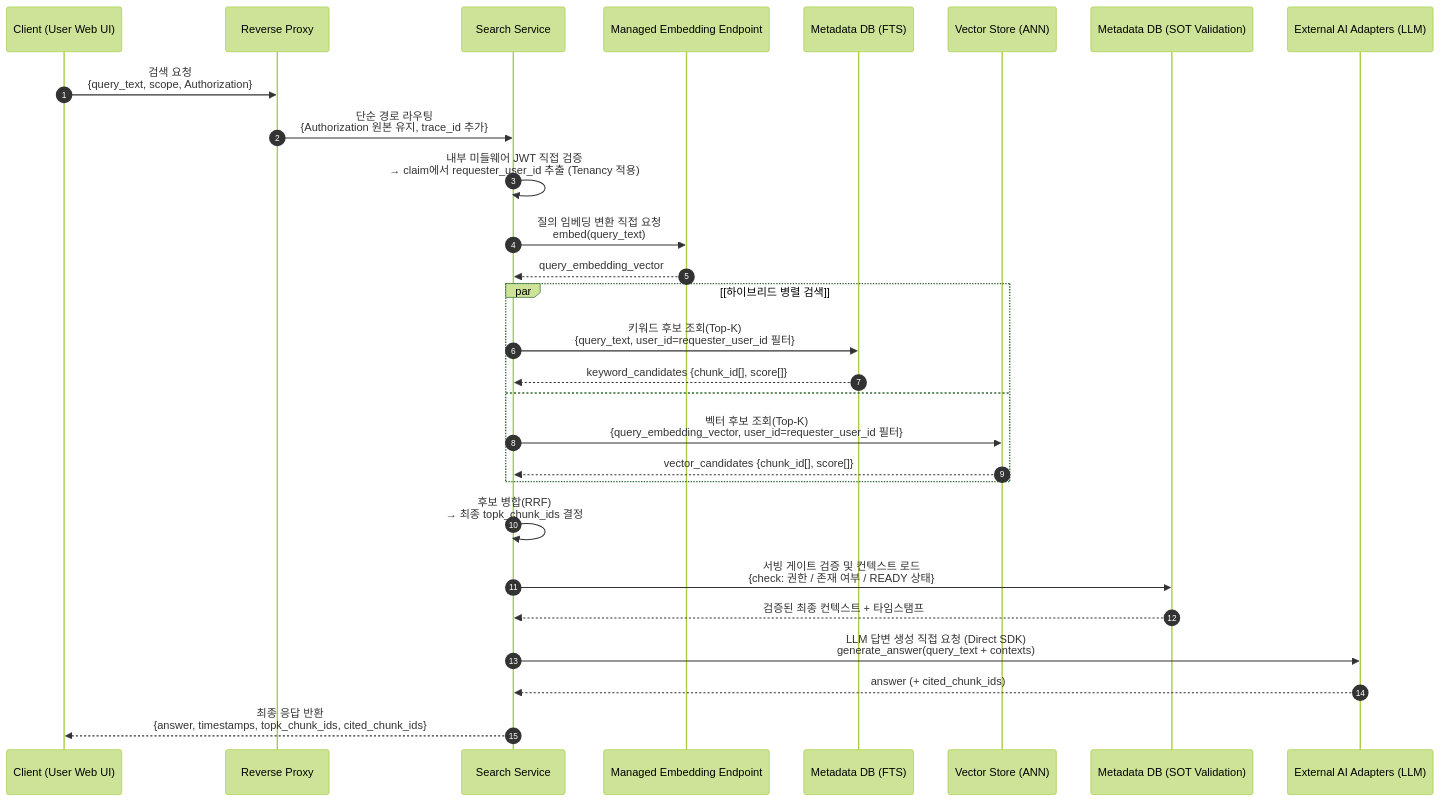
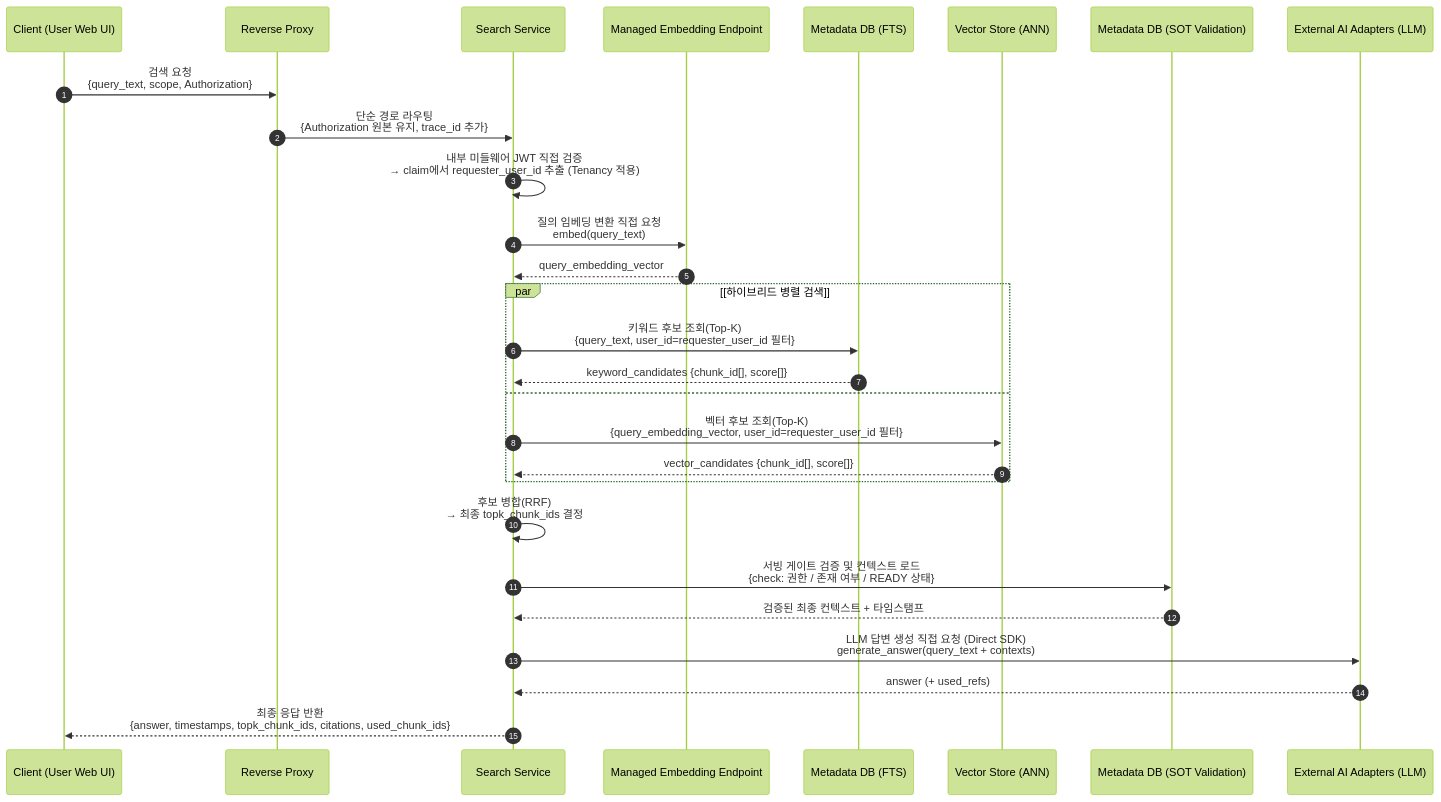
The third of 3 diagrams in docs/Diagram/sequence_diagram/SD_Mermaid.md (f-lab-edu/Biblio), drawn with Mermaid (forest theme) before and after one commit. The commit also changed 3 other files, not shown here.

````diff
--- a/docs/Diagram/sequence_diagram/SD_Mermaid.md
+++ b/docs/Diagram/sequence_diagram/SD_Mermaid.md
@@ -108,37 +108,37 @@
 ```mermaid
 sequenceDiagram
 autonumber
 participant C as Client (User Web UI)
 participant RP as Reverse Proxy
 participant SS as Search Service
 participant EMB as Managed Embedding Endpoint
 participant FTS as Metadata DB (FTS)
 participant VS as Vector Store (ANN)
 participant SOT as Metadata DB (SOT Validation)
 participant LLM as External AI Adapters (LLM)
 
 C->>RP: 검색 요청<br/>{query_text, scope, Authorization}
 RP->>SS: 단순 경로 라우팅<br/>{Authorization 원본 유지, trace_id 추가}
 SS->>SS: 내부 미들웨어 JWT 직접 검증<br/>→ claim에서 requester_user_id 추출 (Tenancy 적용)
 
 SS->>EMB: 질의 임베딩 변환 직접 요청<br/>embed(query_text)
 EMB-->>SS: query_embedding_vector
 
 par [하이브리드 병렬 검색]
     SS->>FTS: 키워드 후보 조회(Top-K)<br/>{query_text, user_id=requester_user_id 필터}
     FTS-->>SS: keyword_candidates {chunk_id[], score[]}
 and
     SS->>VS: 벡터 후보 조회(Top-K)<br/>{query_embedding_vector, user_id=requester_user_id 필터}
     VS-->>SS: vector_candidates {chunk_id[], score[]}
 end
 
 SS->>SS: 후보 병합(RRF)<br/>→ 최종 topk_chunk_ids 결정
 
 SS->>SOT: 서빙 게이트 검증 및 컨텍스트 로드<br/>{check: 권한 / 존재 여부 / READY 상태}
 SOT-->>SS: 검증된 최종 컨텍스트 + 타임스탬프
 
 SS->>LLM: LLM 답변 생성 직접 요청 (Direct SDK)<br/>generate_answer(query_text + contexts)
-LLM-->>SS: answer (+ cited_chunk_ids)
+LLM-->>SS: answer (+ used_refs)
 
-SS-->>C: 최종 응답 반환<br/>{answer, timestamps, topk_chunk_ids, cited_chunk_ids}
+SS-->>C: 최종 응답 반환<br/>{answer, timestamps, topk_chunk_ids, citations, used_chunk_ids}
 ```
````
